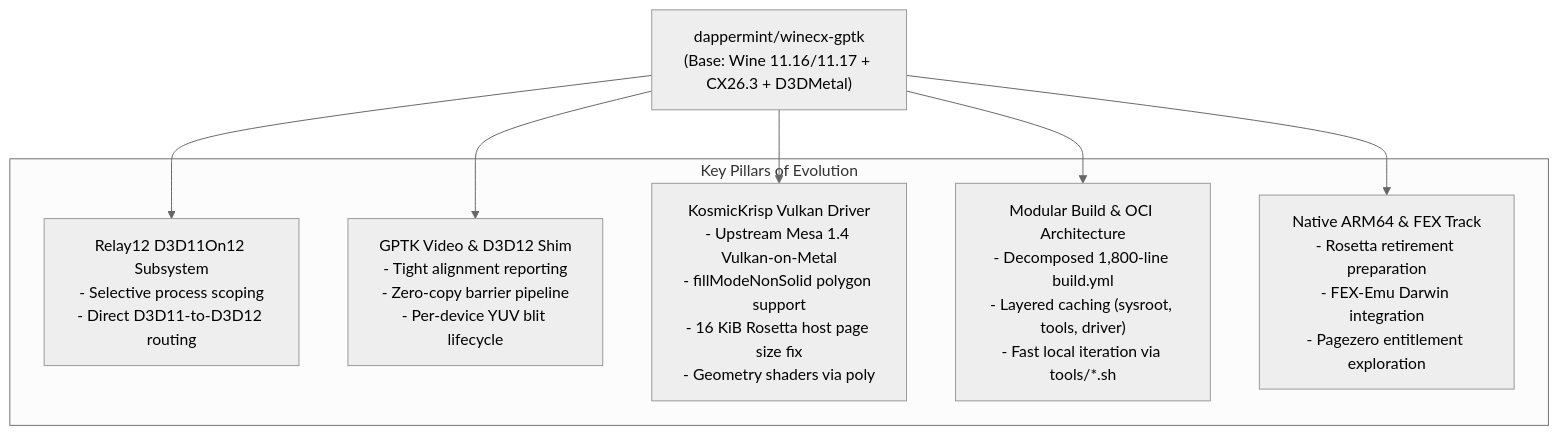
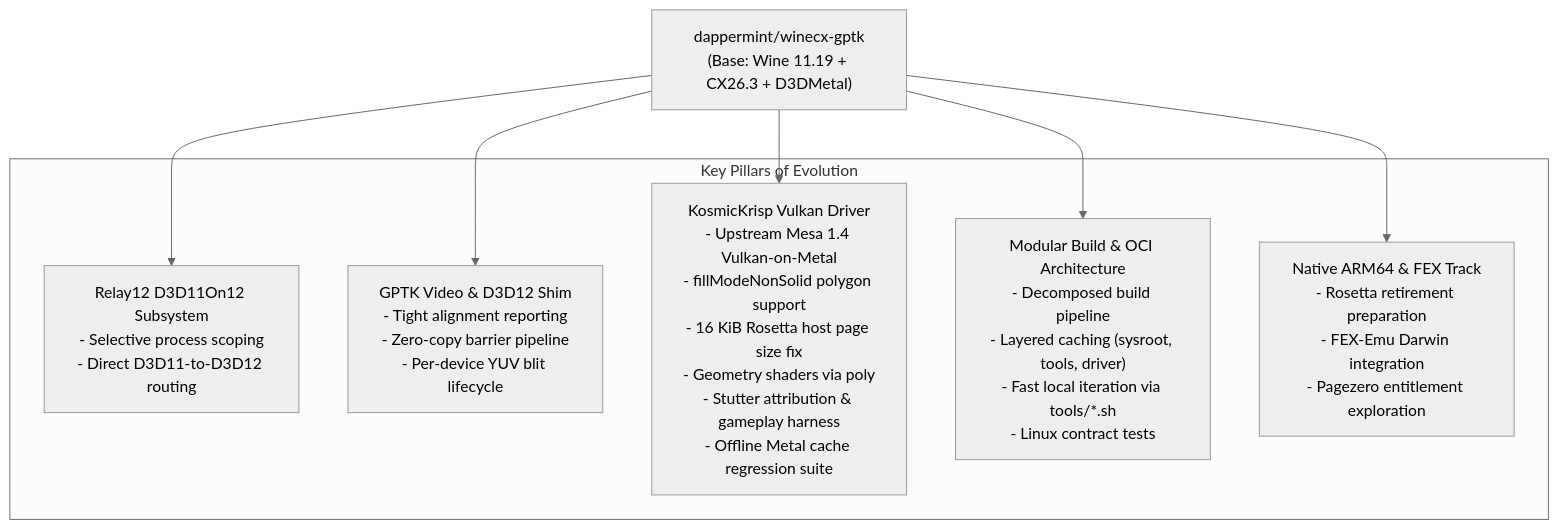
The diagram in docs/FORK-CHANGES.md (niltonperimneto/winecx-gptk), drawn with Mermaid (neutral theme) before and after one commit. The commit also changed other lines of this file, not shown here.

Commit message:
docs: update FORK-CHANGES for Wine 11.19 and canary 4.8.9

````diff
--- a/docs/FORK-CHANGES.md
+++ b/docs/FORK-CHANGES.md
@@ -9,18 +9,18 @@
 ```mermaid
 flowchart TD
-    Upstream["dappermint/winecx-gptk\n(Base: Wine 11.16/11.17 + CX26.3 + D3DMetal)"]
-    
+    Upstream["dappermint/winecx-gptk\n(Base: Wine 11.19 + CX26.3 + D3DMetal)"]
+
     subgraph Advancements["Key Pillars of Evolution"]
         R12["Relay12 D3D11On12 Subsystem\n- Selective process scoping\n- Direct D3D11-to-D3D12 routing"]
         GPTK["GPTK Video & D3D12 Shim\n- Tight alignment reporting\n- Zero-copy barrier pipeline\n- Per-device YUV blit lifecycle"]
-        KK["KosmicKrisp Vulkan Driver\n- Upstream Mesa 1.4 Vulkan-on-Metal\n- fillModeNonSolid polygon support\n- 16 KiB Rosetta host page size fix\n- Geometry shaders via poly"]
-        OCI["Modular Build & OCI Architecture\n- Decomposed 1,800-line build.yml\n- Layered caching (sysroot, tools, driver)\n- Fast local iteration via tools/*.sh"]
+        KK["KosmicKrisp Vulkan Driver\n- Upstream Mesa 1.4 Vulkan-on-Metal\n- fillModeNonSolid polygon support\n- 16 KiB Rosetta host page size fix\n- Geometry shaders via poly\n- Stutter attribution & gameplay harness\n- Offline Metal cache regression suite"]
+        OCI["Modular Build & OCI Architecture\n- Decomposed build pipeline\n- Layered caching (sysroot, tools, driver)\n- Fast local iteration via tools/*.sh\n- Linux contract tests"]
         ARM["Native ARM64 & FEX Track\n- Rosetta retirement preparation\n- FEX-Emu Darwin integration\n- Pagezero entitlement exploration"]
     end
-    
+
     Upstream --> R12
     Upstream --> GPTK
     Upstream --> KK
     Upstream --> OCI
     Upstream --> ARM
 ```
````
